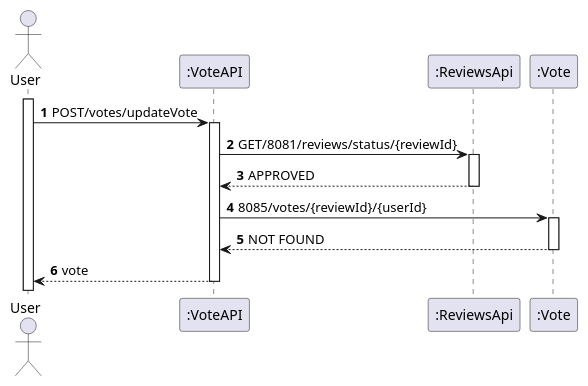
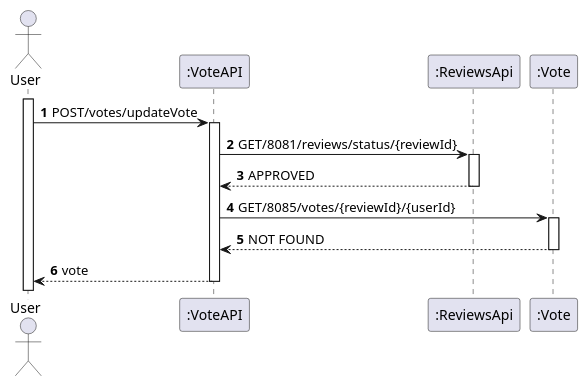
Before and after one commit to 1201441BrunoPereira/Vote_SIDIS: the diagram in Documentos/Vote_UpdateVoteReview.puml, drawn with PlantUML.

Commit message:
AtualizaçãoDiagramas

```diff
--- a/Documentos/Vote_UpdateVoteReview.puml
+++ b/Documentos/Vote_UpdateVoteReview.puml
@@ -1,21 +1,21 @@
 @startuml
 'https://plantuml.com/sequence-diagram
 
 autoactivate on
 autonumber
 
 actor "User" as User
 participant ":VoteAPI" as vote1
 participant ":ReviewsApi" as Rev
 participant ":Vote" as vote2
 
 activate User
 
 User -> vote1: POST/votes/updateVote
 vote1 -> Rev: GET/8081/reviews/status/{reviewId}
 Rev --> vote1 : APPROVED
-vote1 -> vote2 : 8085/votes/{reviewId}/{userId}
+vote1 -> vote2 : GET/8085/votes/{reviewId}/{userId}
 vote2 --> vote1 : NOT FOUND
 vote1 --> User: vote
 
 @enduml
```
